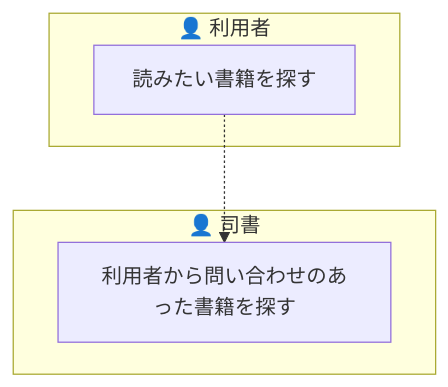
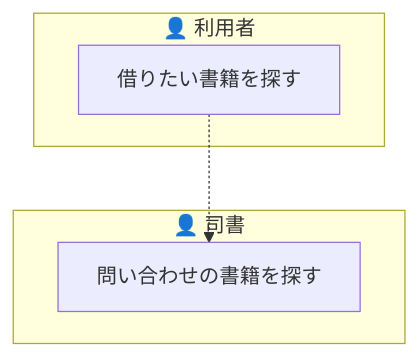
Before and after one commit to suwa-sh/suwa-sh-claude-plugins: the second of 11 diagrams in samples/distillery2/library-loan/docs/requirements/rdra/views/03_業務フロー.md, drawn with Mermaid. The commit also changed other lines of this file and 249 other files, not shown here.

````diff
--- a/samples/distillery2/library-loan/docs/requirements/rdra/views/03_業務フロー.md
+++ b/samples/distillery2/library-loan/docs/requirements/rdra/views/03_業務フロー.md
@@ -38,10 +36,10 @@
 ```mermaid
 graph TD
   subgraph LN1["👤 利用者"]
-    AT1["読みたい書籍を探す"]
+    AT1["借りたい書籍を探す"]
   end
   subgraph LN2["👤 司書"]
-    AT2["利用者から問い合わせのあった書籍を探す"]
+    AT2["問い合わせの書籍を探す"]
   end
   AT1 -.-> AT2
 ```
````
